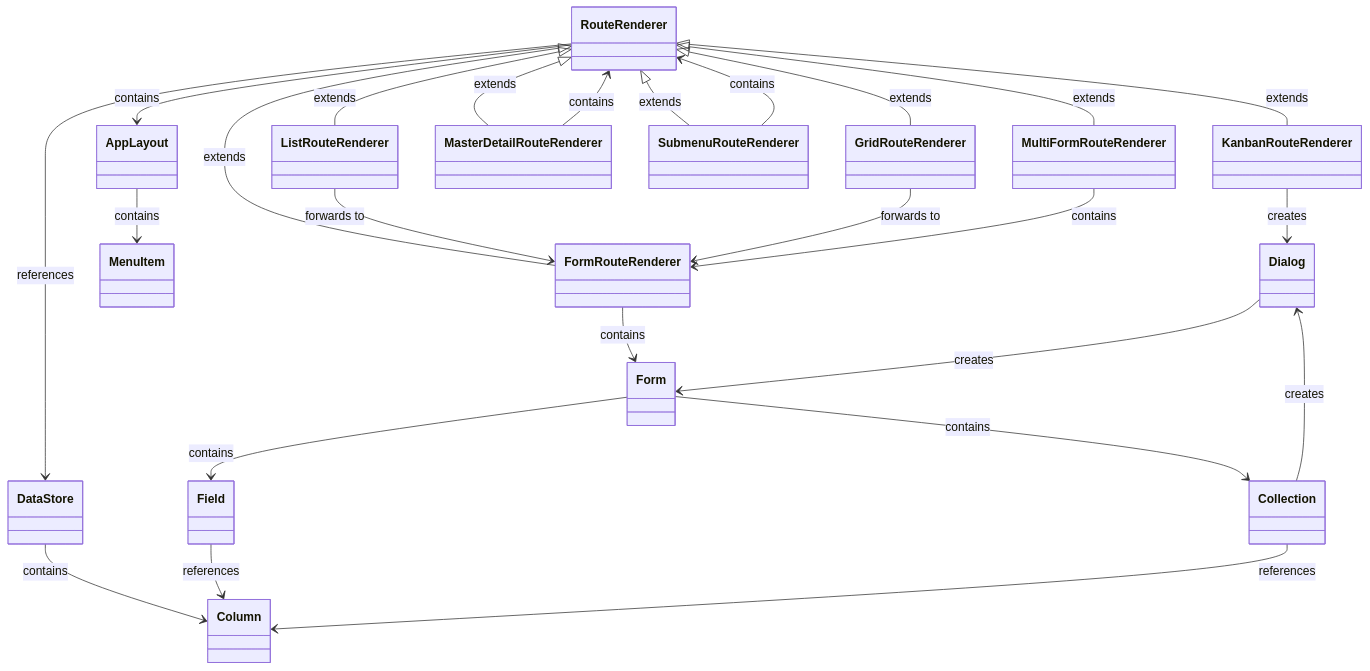
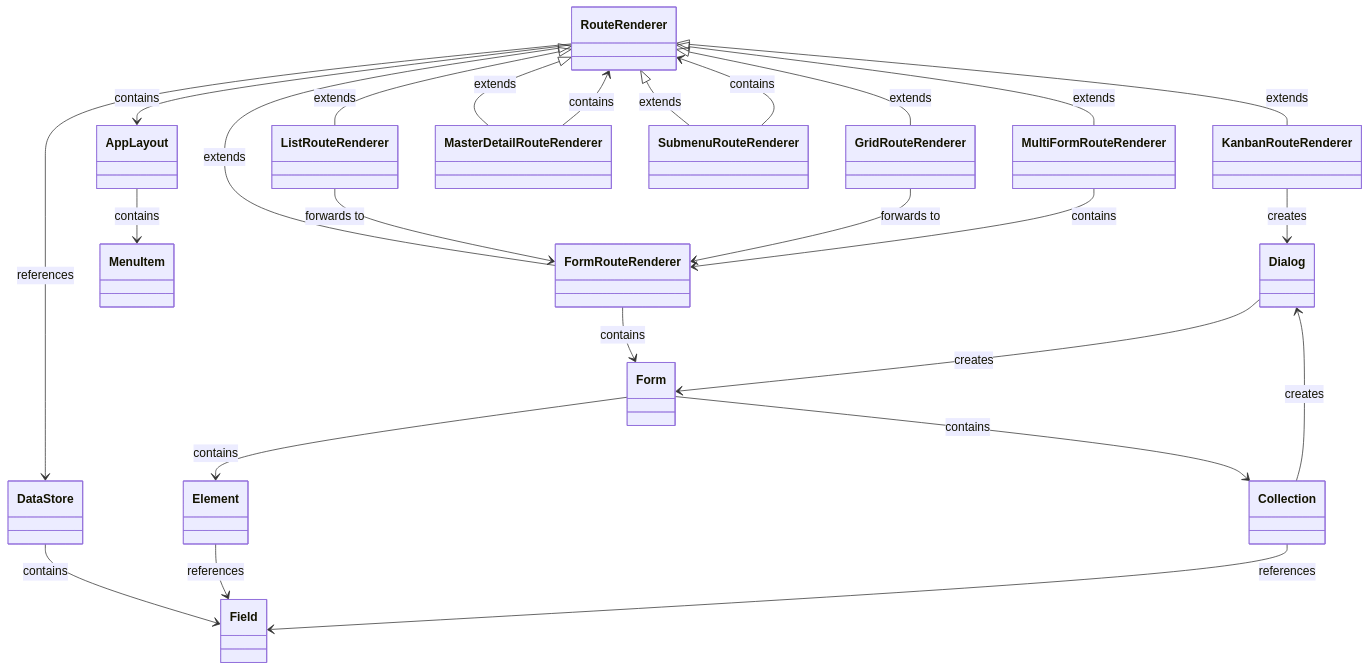
One commit to appreciated/vortex-crud changed the second of 3 diagrams in README.md. Above: the diagram before and after it, drawn with Mermaid.

Commit message:
README.md aktualisiert

````diff
--- a/README.md
+++ b/README.md
@@ -319,44 +319,44 @@
 ```mermaid
 classDiagram
     class Dialog
     class DataStore
-    class Column
+    class Field
     class RouteRenderer 
     class KanbanRouteRenderer
     class AppLayout 
     class MenuItem
     class FormRouteRenderer
     class GridRouteRenderer
     class ListRouteRenderer
     class MasterDetailRouteRenderer
     class SubmenuRouteRenderer
     class MultiFormRouteRenderer
     class FormRouteRenderer
-    class Field
+    class Element
     class Collection
     
     RouteRenderer <|-- GridRouteRenderer: extends
     RouteRenderer <|-- KanbanRouteRenderer: extends
     RouteRenderer <|-- ListRouteRenderer: extends
     RouteRenderer <|-- MasterDetailRouteRenderer: extends
     RouteRenderer <|-- SubmenuRouteRenderer: extends
     RouteRenderer <|-- MultiFormRouteRenderer: extends
     RouteRenderer <|-- FormRouteRenderer: extends
     RouteRenderer --> AppLayout: contains
     SubmenuRouteRenderer --> RouteRenderer: contains
     MasterDetailRouteRenderer --> RouteRenderer: contains
     AppLayout --> MenuItem: contains
     ListRouteRenderer --> FormRouteRenderer: forwards to
     GridRouteRenderer --> FormRouteRenderer: forwards to
     FormRouteRenderer --> Form: contains
     MultiFormRouteRenderer --> FormRouteRenderer: contains
-    Form --> Field: contains
+    Form --> Element: contains
     Form --> Collection: contains
     RouteRenderer --> DataStore: references
-    DataStore --> Column: contains
-    Field --> Column: references
-    Collection --> Column: references
+    DataStore --> Field: contains
+    Element --> Field: references
+    Collection --> Field: references
     Collection --> Dialog: creates
     KanbanRouteRenderer --> Dialog: creates
     Dialog --> Form: creates
 ```
````
